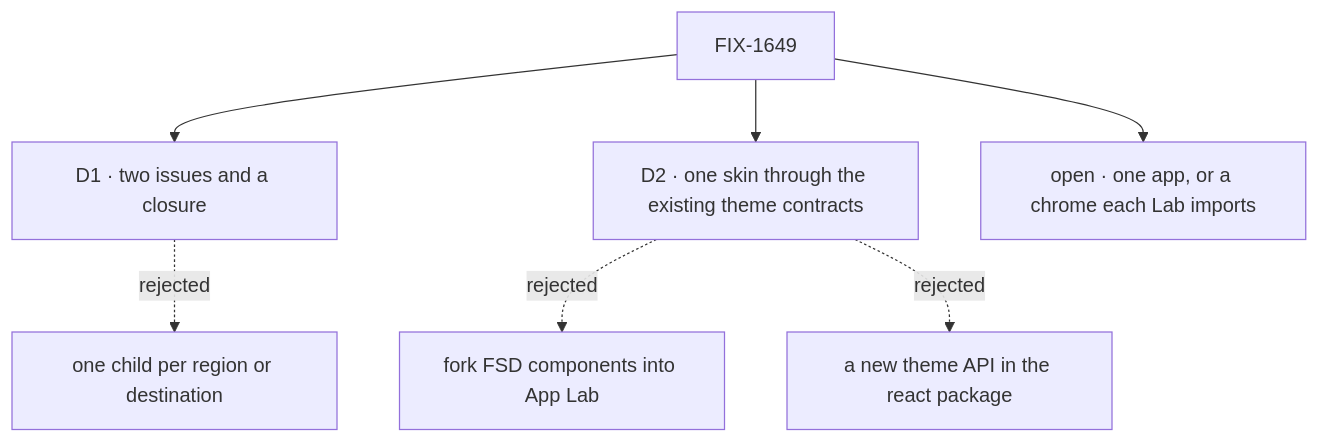
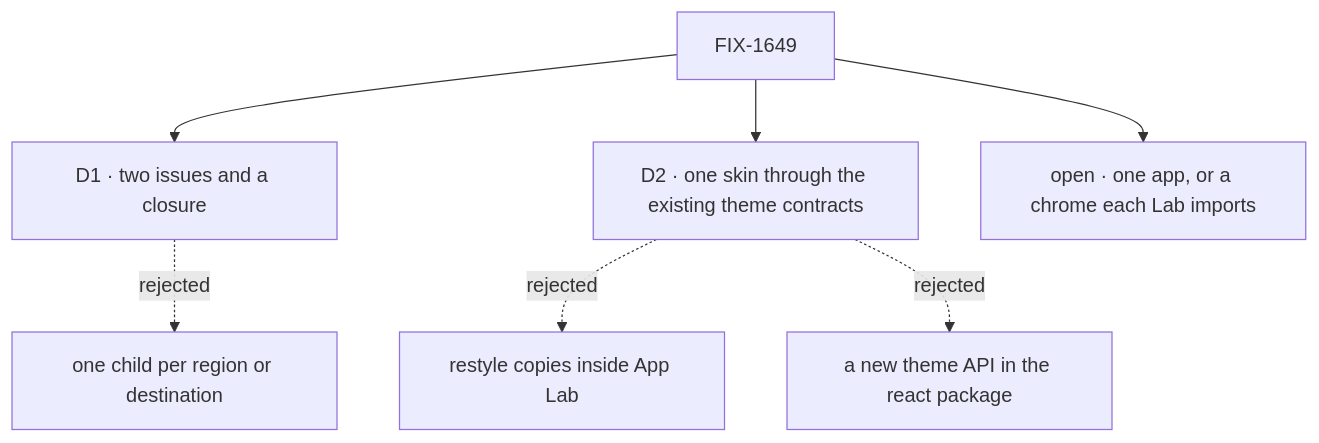
One commit to fixpoint-labs/flow-state-dev changed the diagram in specs/epics/FIX-1649/DECISIONS.md. Above: the diagram before and after it, drawn with Mermaid. The commit also changed other lines of this file and 12 other files, not shown here.

First line of the commit message:
spec(epic): fold review round 1 into the App Lab shell epic (FIX-1649)

````diff
--- a/specs/epics/FIX-1649/DECISIONS.md
+++ b/specs/epics/FIX-1649/DECISIONS.md
@@ -11,9 +11,9 @@
 ```mermaid
 flowchart TD
   E["FIX-1649"] --> D1["D1 · two issues and a closure"]
   D1 -.->|"rejected"| X1["one child per region or destination"]
   E --> D2["D2 · one skin through the existing theme contracts"]
-  D2 -.->|"rejected"| X2["fork FSD components into App Lab"]
+  D2 -.->|"rejected"| X2["restyle copies inside App Lab"]
   D2 -.->|"rejected"| X2b["a new theme API in the react package"]
   E --> O["open · one app, or a chrome each Lab imports"]
 ```
````
